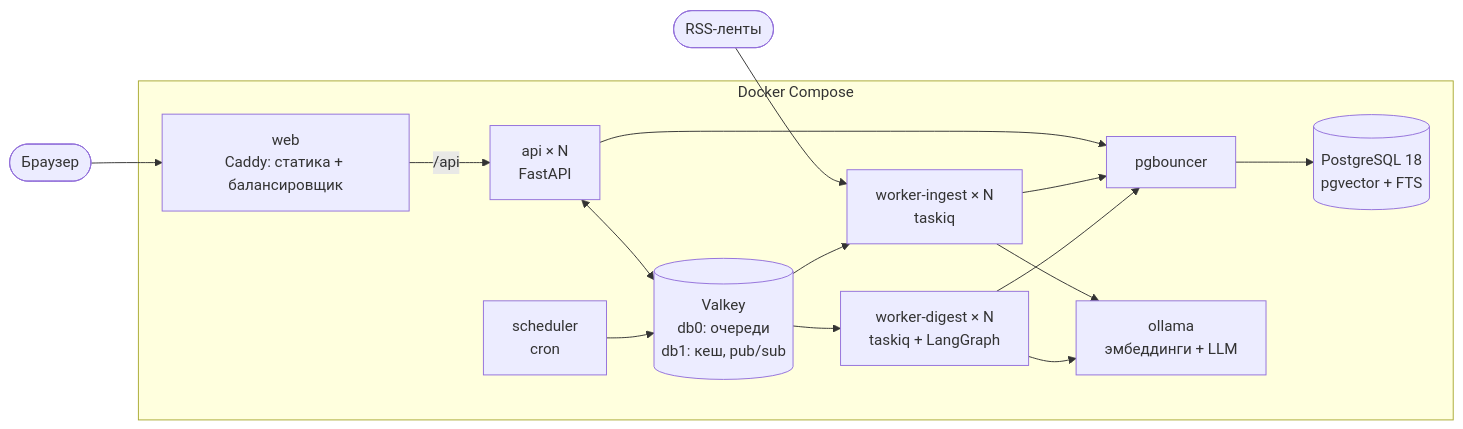
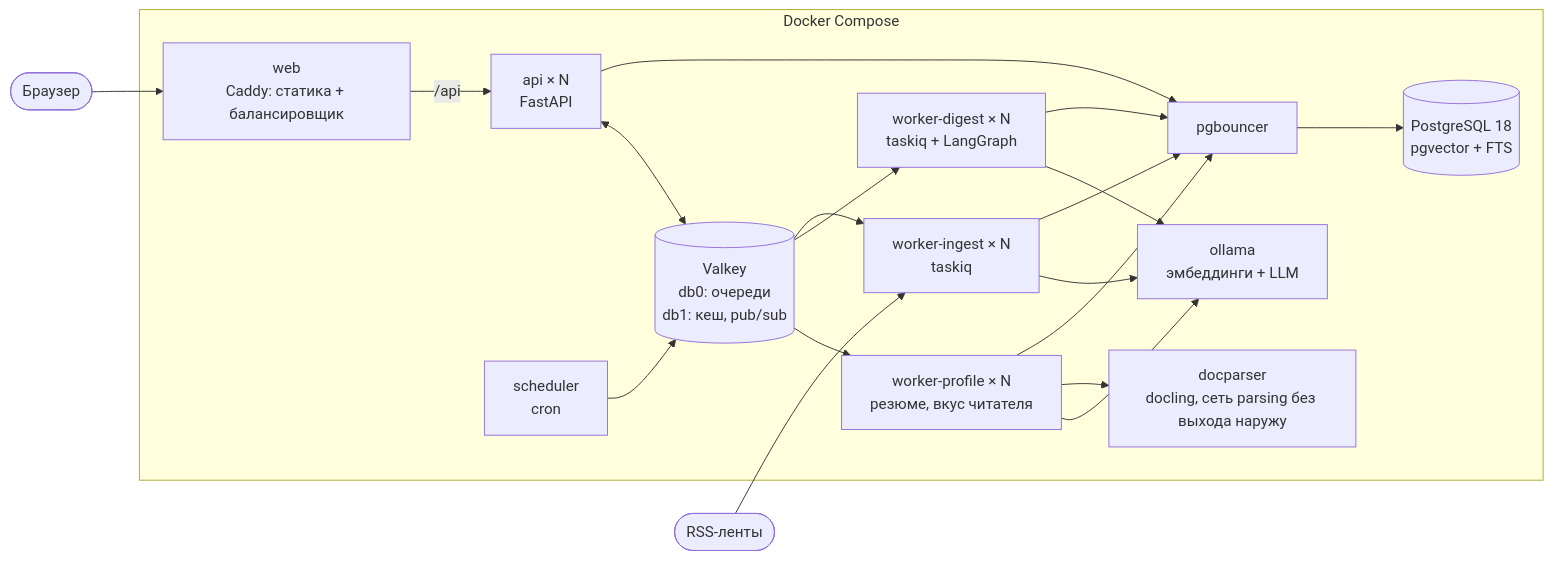
Before and after one commit to verikirill/scrap-and-grep: the first of 3 diagrams in docs/ARCHITECTURE.md, drawn with Mermaid. The commit also changed other lines of this file and 15 other files, not shown here.

````diff
--- a/docs/ARCHITECTURE.md
+++ b/docs/ARCHITECTURE.md
@@ -7,28 +7,34 @@
 ```mermaid
 flowchart LR
     browser([Браузер]) --> web
 
     subgraph stack[Docker Compose]
         web[web<br/>Caddy: статика + балансировщик]
         api[api × N<br/>FastAPI]
         wi[worker-ingest × N<br/>taskiq]
         wd[worker-digest × N<br/>taskiq + LangGraph]
+        wp[worker-profile × N<br/>резюме, вкус читателя]
+        dp[docparser<br/>docling, сеть parsing без выхода наружу]
         sch[scheduler<br/>cron]
         bouncer[pgbouncer]
         pg[(PostgreSQL 18<br/>pgvector + FTS)]
         vk[(Valkey<br/>db0: очереди<br/>db1: кеш, pub/sub)]
         ollama[ollama<br/>эмбеддинги + LLM]
     end
 
     feeds([RSS-ленты]) --> wi
     web -- /api --> api
     api --> bouncer --> pg
     api <--> vk
     sch --> vk
     vk --> wi
     vk --> wd
+    vk --> wp
     wi --> bouncer
     wd --> bouncer
+    wp --> bouncer
+    wp --> dp
     wi --> ollama
     wd --> ollama
+    wp --> ollama
 ```
````
